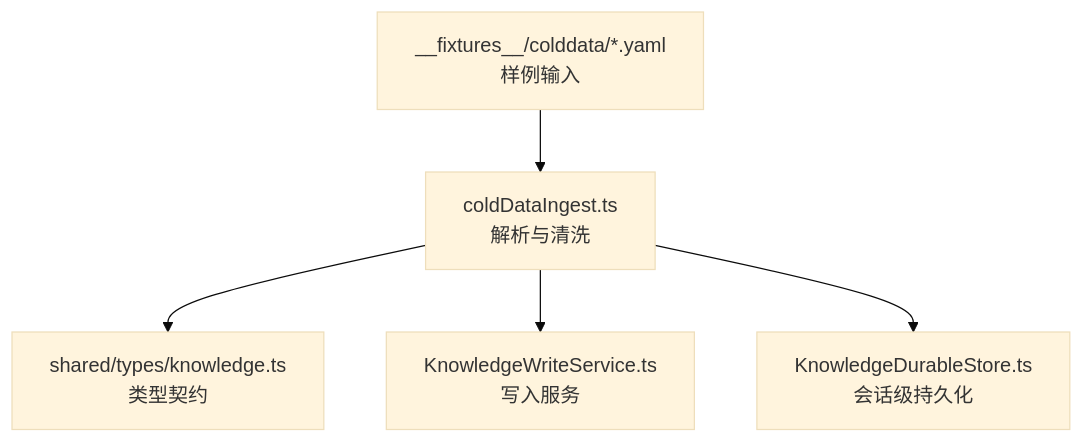
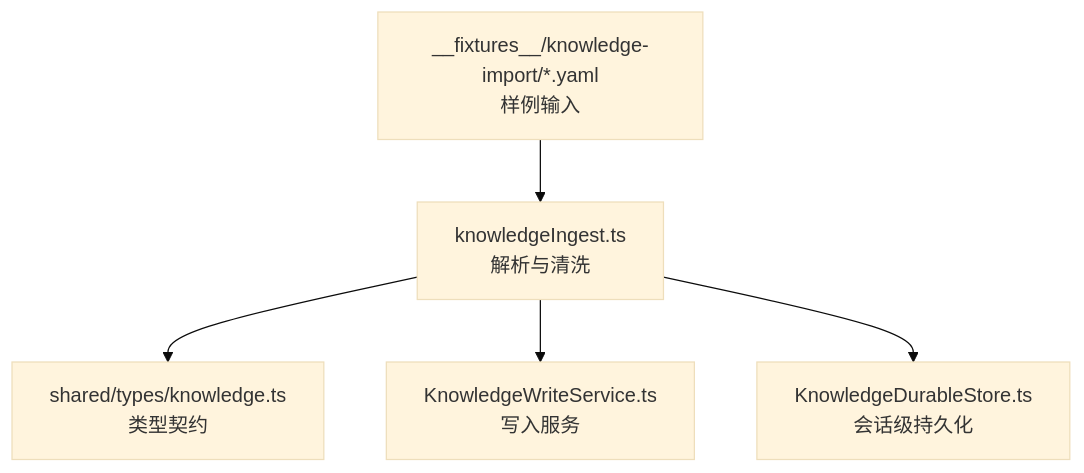
Before and after one commit to haolange/RDC-Agent: the first of 4 diagrams in .qoder/repowiki/zh/content/架构设计/核心组件设计/知识编译服务设计/冷数据导入.md, drawn with Mermaid (base theme). The commit also changed other lines of this file and 90 other files, not shown here.

````diff
--- a/.qoder/repowiki/zh/content/架构设计/核心组件设计/知识编译服务设计/冷数据导入.md
+++ b/.qoder/repowiki/zh/content/架构设计/核心组件设计/知识编译服务设计/冷数据导入.md
@@ -37,7 +45,7 @@
 ```mermaid
 graph TB
-A["coldDataIngest.ts<br/>解析与清洗"] --> B["shared/types/knowledge.ts<br/>类型契约"]
+A["knowledgeIngest.ts<br/>解析与清洗"] --> B["shared/types/knowledge.ts<br/>类型契约"]
 A --> C["KnowledgeWriteService.ts<br/>写入服务"]
 A --> D["KnowledgeDurableStore.ts<br/>会话级持久化"]
-E["__fixtures__/colddata/*.yaml<br/>样例输入"] --> A
+E["__fixtures__/knowledge-import/*.yaml<br/>样例输入"] --> A
 ```
````
